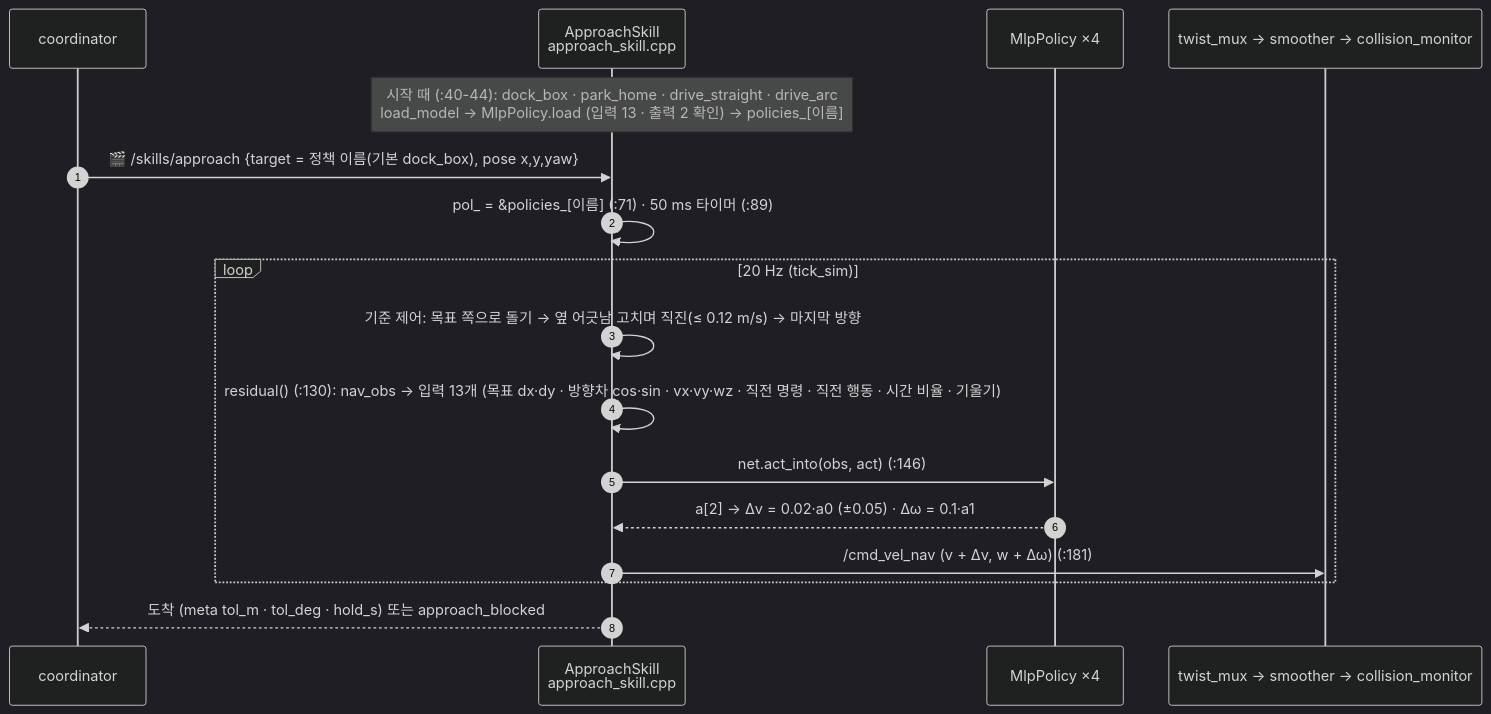
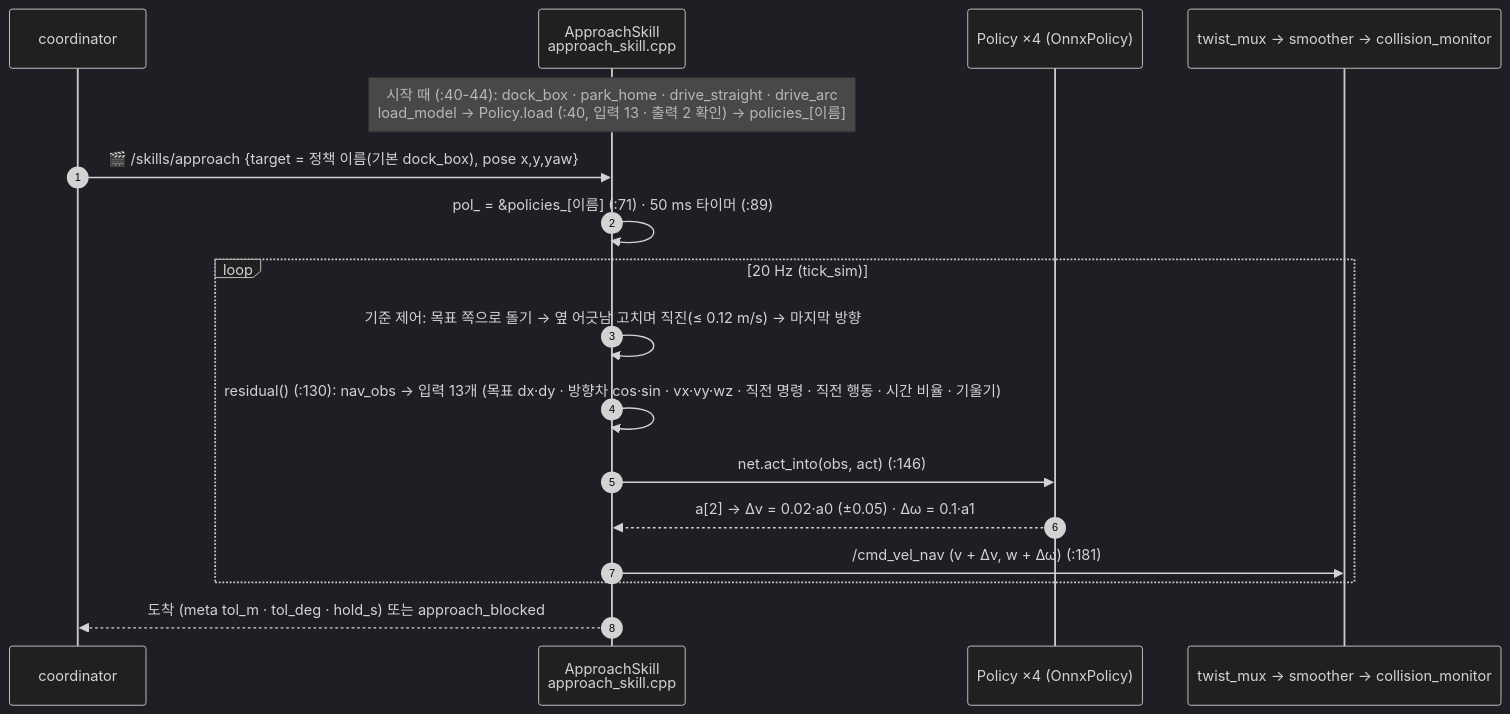
The fifth of 7 diagrams in bee/policy-runtime.md (JuneKunst/JuneKunst.github.io), drawn with Mermaid (dark theme) before and after one commit. The commit also changed other lines of this file and 3 other files, not shown here.

Commit message:
bee: PR #97 적용 기준으로 — 정책 실행 순서 페이지를 ml::Policy · OnnxPolicy 순서도로 · 지금 구조 기준 줄

````diff
--- a/bee/policy-runtime.md
+++ b/bee/policy-runtime.md
@@ -183,19 +192,19 @@
 ```mermaid
 sequenceDiagram
   autonumber
   participant CO as coordinator
   participant AS as ApproachSkill<br/>approach_skill.cpp
-  participant MP as MlpPolicy ×4
+  participant MP as Policy ×4 (OnnxPolicy)
   participant TM as twist_mux → smoother → collision_monitor
-  Note over AS: 시작 때 (:40-44): dock_box · park_home · drive_straight · drive_arc<br/>load_model → MlpPolicy.load (입력 13 · 출력 2 확인) → policies_[이름]
+  Note over AS: 시작 때 (:40-44): dock_box · park_home · drive_straight · drive_arc<br/>load_model → Policy.load (:40, 입력 13 · 출력 2 확인) → policies_[이름]
   CO->>AS: 🎬 /skills/approach {target = 정책 이름(기본 dock_box), pose x,y,yaw}
   AS->>AS: pol_ = &policies_[이름] (:71) · 50 ms 타이머 (:89)
   loop 20 Hz (tick_sim)
     AS->>AS: 기준 제어: 목표 쪽으로 돌기 → 옆 어긋남 고치며 직진(≤ 0.12 m/s) → 마지막 방향
     AS->>AS: residual() (:130): nav_obs → 입력 13개 (목표 dx·dy · 방향차 cos·sin · vx·vy·wz · 직전 명령 · 직전 행동 · 시간 비율 · 기울기)
     AS->>MP: net.act_into(obs, act) (:146)
     MP-->>AS: a[2] → Δv = 0.02·a0 (±0.05) · Δω = 0.1·a1
     AS->>TM: /cmd_vel_nav (v + Δv, w + Δω) (:181)
   end
   AS-->>CO: 도착 (meta tol_m · tol_deg · hold_s) 또는 approach_blocked
 ```
````
